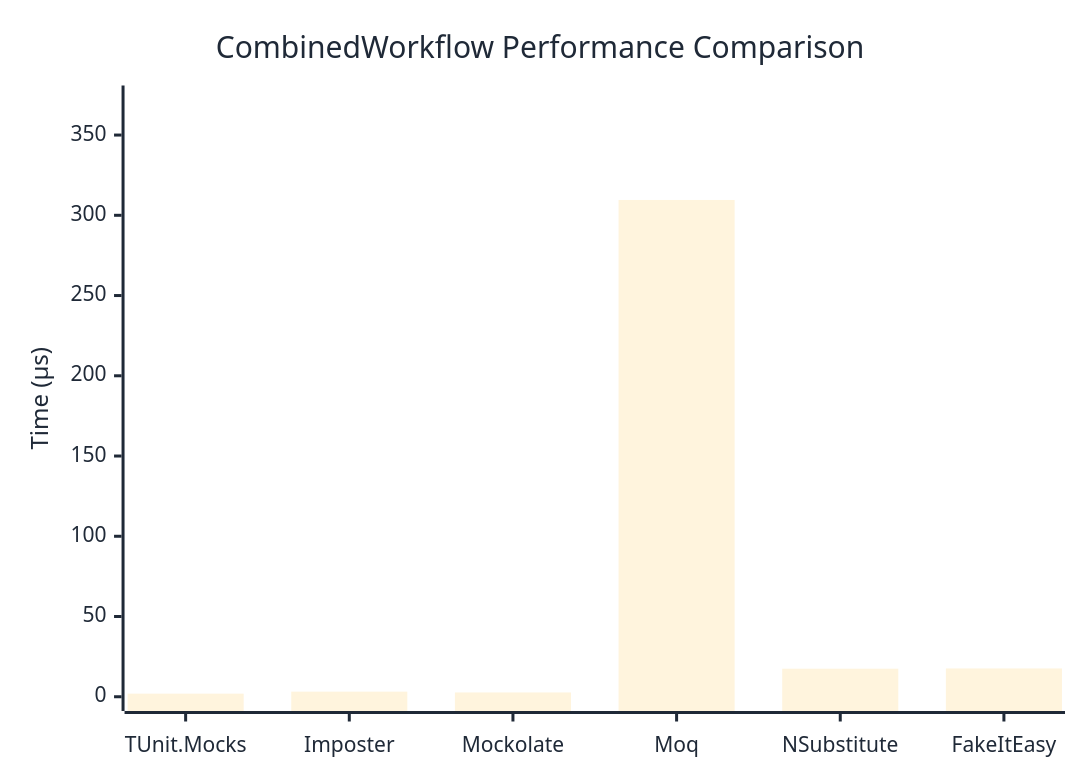
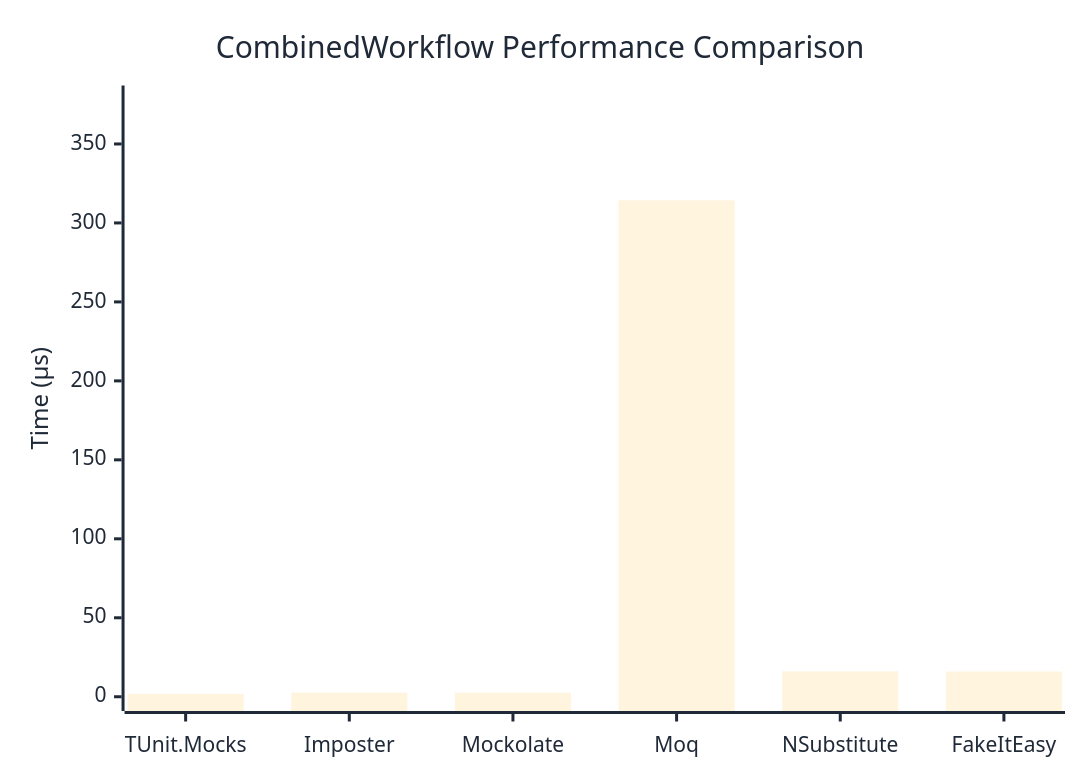
The diagram in docs/docs/benchmarks/mocks/CombinedWorkflow.md (thomhurst/TUnit), drawn with Mermaid before and after one commit. The commit also changed other lines of this file and 14 other files, not shown here.

````diff
--- a/docs/docs/benchmarks/mocks/CombinedWorkflow.md
+++ b/docs/docs/benchmarks/mocks/CombinedWorkflow.md
@@ -28,27 +28,27 @@
 ```mermaid
 %%{init: {
   'theme':'base',
   'themeVariables': {
     'primaryColor': '#2563eb',
     'primaryTextColor': '#1f2937',
     'primaryBorderColor': '#1e40af',
     'lineColor': '#6b7280',
     'secondaryColor': '#7c3aed',
     'tertiaryColor': '#dc2626',
     'background': '#ffffff',
     'pie1': '#2563eb',
     'pie2': '#7c3aed',
     'pie3': '#dc2626',
     'pie4': '#f59e0b',
     'pie5': '#10b981',
     'pie6': '#06b6d4',
     'pie7': '#ec4899',
     'pie8': '#6366f1'
   }
 }}%%
 xychart-beta
   title "CombinedWorkflow Performance Comparison"
   x-axis ["TUnit.Mocks", "Imposter", "Mockolate", "Moq", "NSubstitute", "FakeItEasy"]
-  y-axis "Time (μs)" 0 --> 372
-  bar [1.939, 3.174, 2.672, 309.559, 17.479, 17.642]
+  y-axis "Time (μs)" 0 --> 378
+  bar [1.825, 2.609, 2.545, 314.342, 16.053, 15.982]
 ```
````
